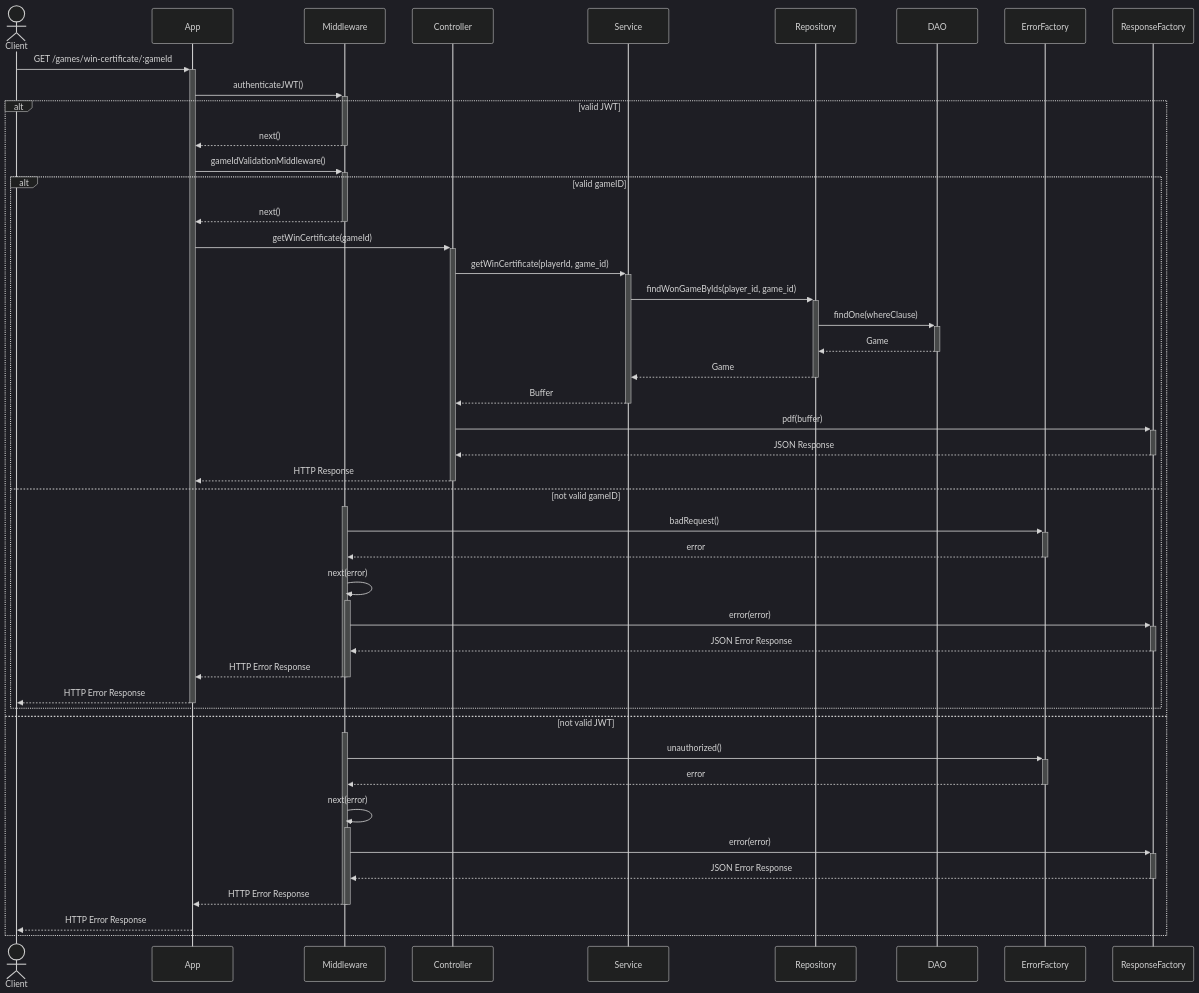
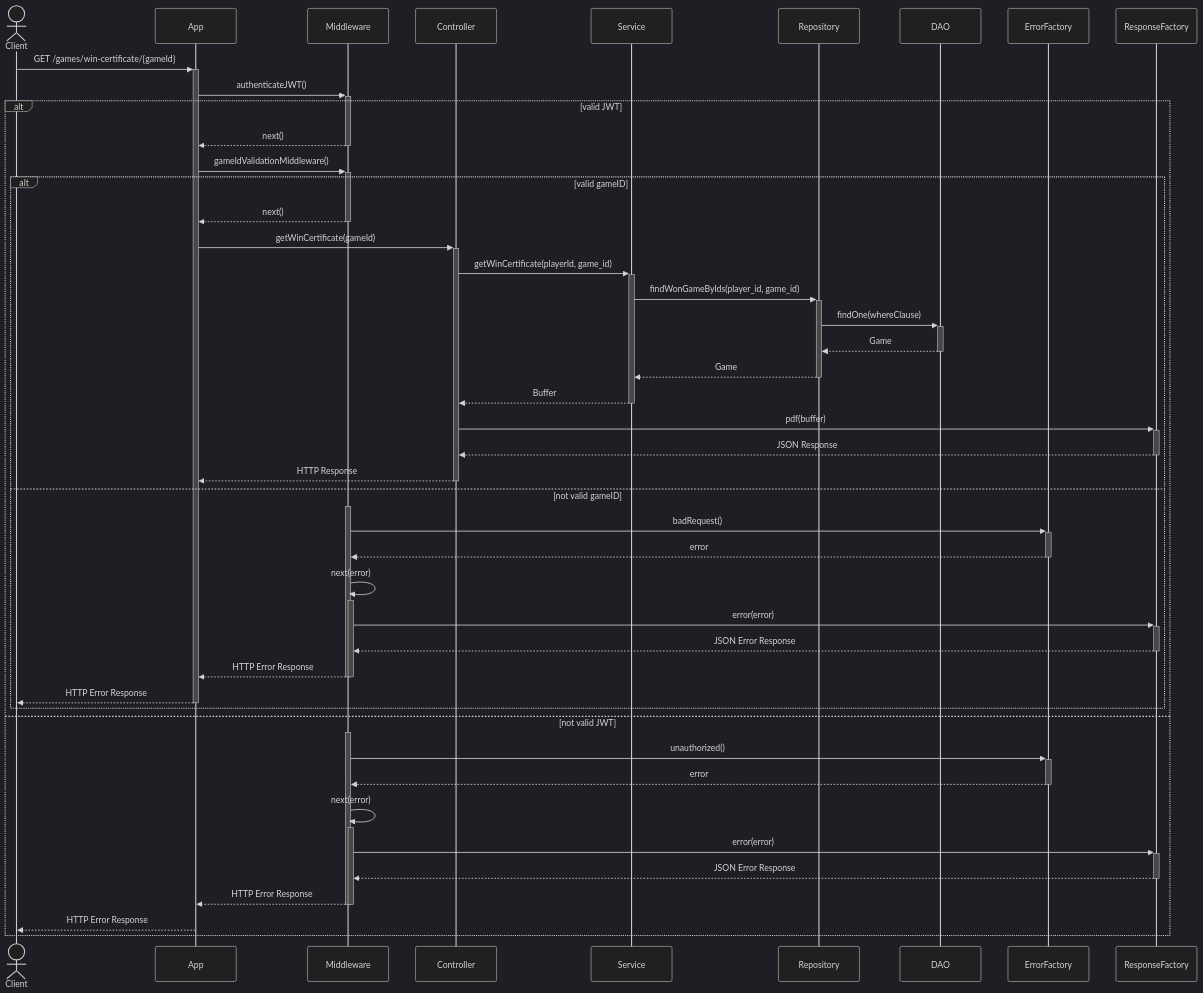
One commit to nicolobartolinii/chess-backend changed the sixth of 7 diagrams in README.md. Above: the diagram before and after it, drawn with Mermaid (dark theme). The commit also changed other lines of this file and 12 other files, not shown here.

````diff
--- a/README.md
+++ b/README.md
@@ -2075,52 +1120,51 @@
 ```mermaid
 sequenceDiagram
-actor Client
-participant App
-participant Middleware
-participant Controller
-participant Service
-participant Repository
-participant DAO
-participant ErrorFactory
-participant ResponseFactory
-
-    Client ->>+ App: GET /games/win-certificate/:gameId
+    actor Client
+    participant App
+    participant Middleware
+    participant Controller
+    participant Service
+    participant Repository
+    participant DAO
+    participant ErrorFactory
+    participant ResponseFactory
+    Client ->>+ App: GET /games/win-certificate/{gameId}
     App ->>+ Middleware: authenticateJWT()
     alt valid JWT
         Middleware -->>- App: next()
         App ->>+ Middleware: gameIdValidationMiddleware()
         alt valid gameID
             Middleware -->>- App: next()
             App ->>+ Controller: getWinCertificate(gameId)
             Controller ->>+ Service: getWinCertificate(playerId, game_id)
             Service ->>+ Repository: findWonGameByIds(player_id, game_id)
             Repository ->>+ DAO: findOne(whereClause)
             DAO -->>- Repository: Game
             Repository -->>- Service: Game
             Service -->>- Controller: Buffer
             Controller ->>+ ResponseFactory: pdf(buffer)
             ResponseFactory -->>- Controller: JSON Response
             Controller -->>- App: HTTP Response
         else not valid gameID
             activate Middleware
             Middleware ->>+ ErrorFactory: badRequest()
             ErrorFactory -->>- Middleware: error
             Middleware ->>+ Middleware: next(error)
             Middleware ->>+ ResponseFactory: error(error)
             ResponseFactory -->>- Middleware: JSON Error Response
             Middleware -->>- App: HTTP Error Response
             deactivate Middleware
             App -->>- Client: HTTP Error Response
         end
     else not valid JWT
         activate Middleware
         Middleware ->>+ ErrorFactory: unauthorized()
         ErrorFactory -->>- Middleware: error
         Middleware ->>+ Middleware: next(error)
         Middleware ->>+ ResponseFactory: error(error)
         ResponseFactory -->>- Middleware: JSON Error Response
         Middleware -->>- App: HTTP Error Response
         deactivate Middleware
         App -->> Client: HTTP Error Response
     end
 ```
````
